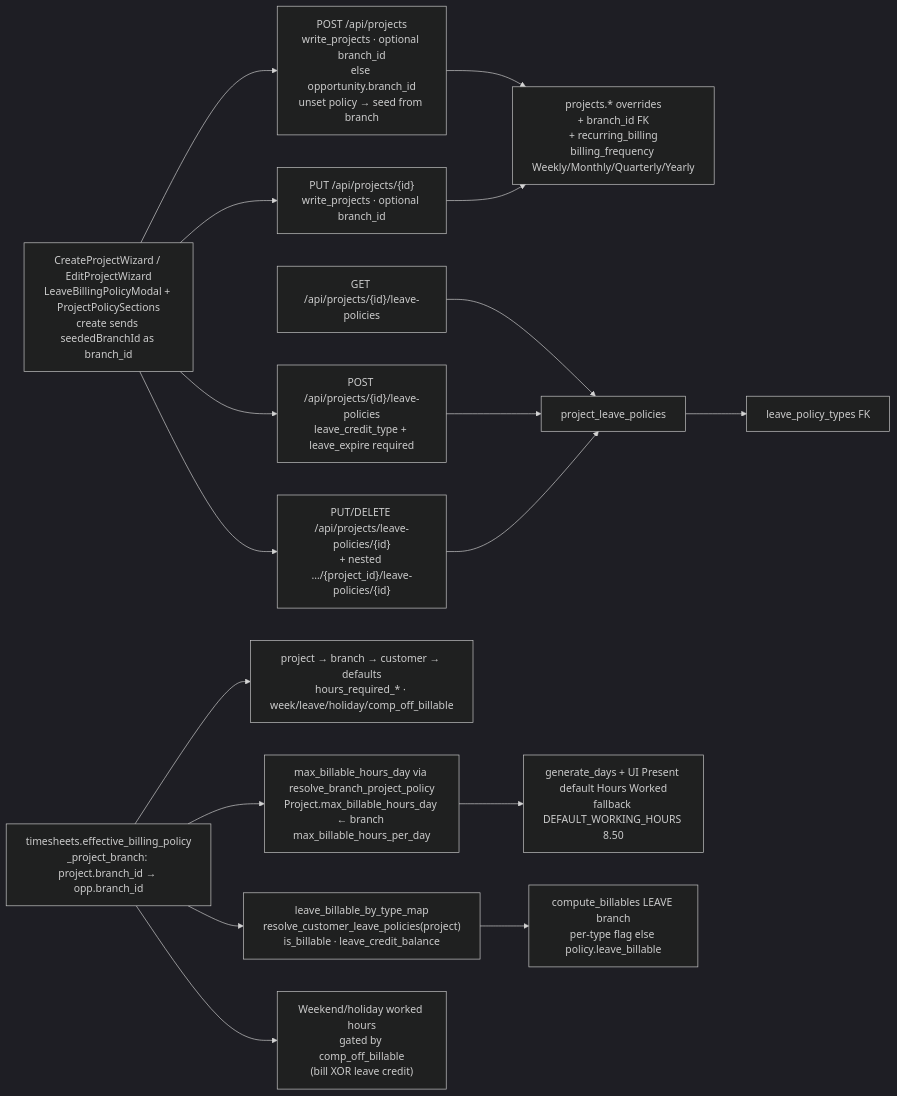
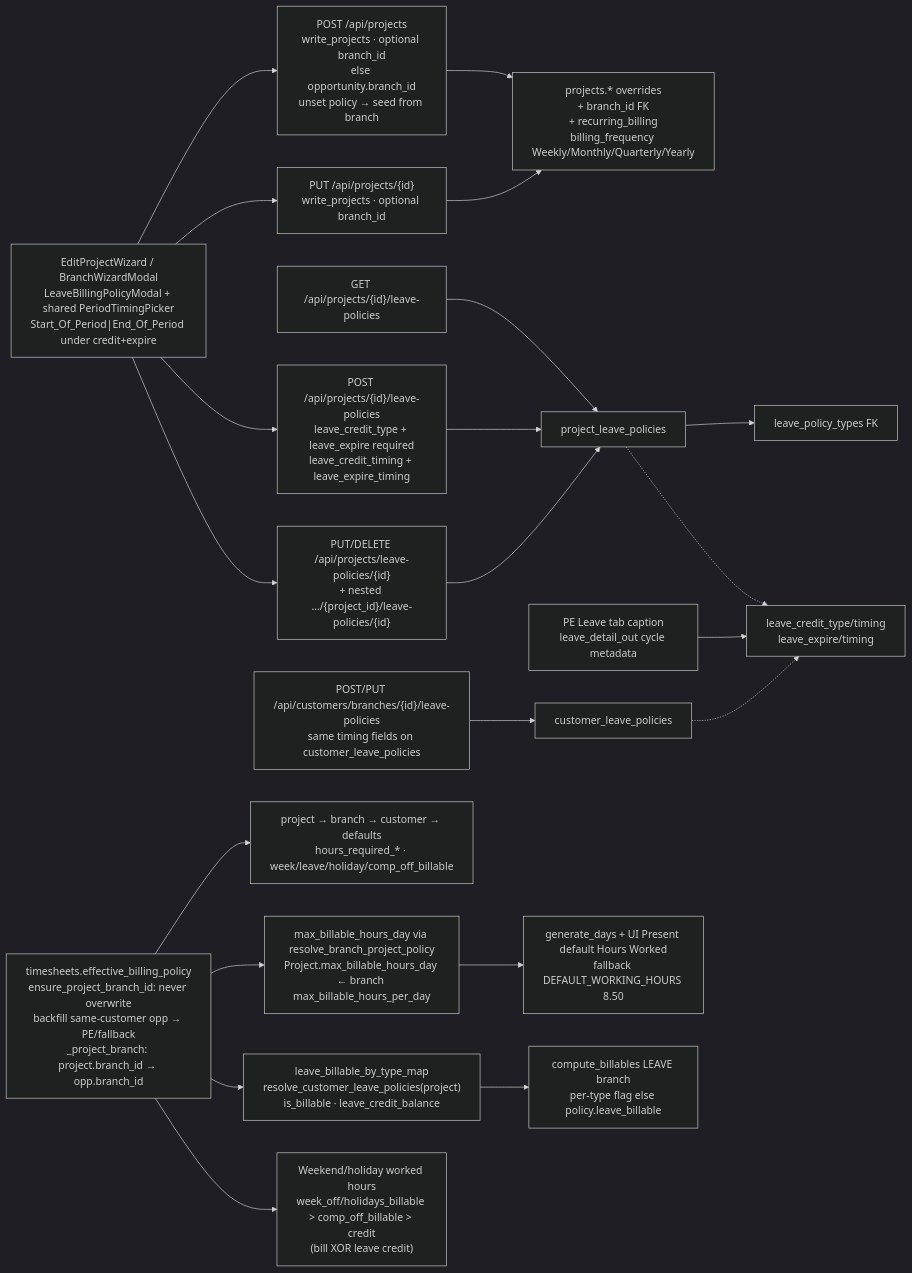
One commit to pawan-88/CRM-AI-Interview-Backend-B-V2 changed the tenth of 11 diagrams in docs/architecture/04-api-flow.md. Above: the diagram before and after it, drawn with Mermaid (dark theme). The commit also changed other lines of this file and 205 other files, not shown here.

First line of the commit message:
Add tax invoice, interview calendar, AI assist, leave timing, and CRM pipeline upgrades.

````diff
--- a/docs/architecture/04-api-flow.md
+++ b/docs/architecture/04-api-flow.md
@@ -205,19 +237,23 @@
 ```mermaid
 flowchart LR
     create["POST /api/projects<br/>write_projects · optional branch_id<br/>else opportunity.branch_id<br/>unset policy → seed from branch"] --> cols["projects.* overrides<br/>+ branch_id FK<br/>+ recurring_billing<br/>billing_frequency Weekly/Monthly/Quarterly/Yearly"]
     put["PUT /api/projects/{id}<br/>write_projects · optional branch_id"] --> cols
     list["GET /api/projects/{id}/leave-policies"] --> plp["project_leave_policies"]
-    post["POST /api/projects/{id}/leave-policies<br/>leave_credit_type + leave_expire required"] --> plp
+    post["POST /api/projects/{id}/leave-policies<br/>leave_credit_type + leave_expire required<br/>leave_credit_timing + leave_expire_timing"] --> plp
     putDel["PUT/DELETE /api/projects/leave-policies/{id}<br/>+ nested …/{project_id}/leave-policies/{id}"] --> plp
     plp --> lpt["leave_policy_types FK"]
-    ui["CreateProjectWizard / EditProjectWizard<br/>LeaveBillingPolicyModal + ProjectPolicySections<br/>create sends seededBranchId as branch_id"] --> create
+    ui["EditProjectWizard / BranchWizardModal<br/>LeaveBillingPolicyModal + shared PeriodTimingPicker<br/>Start_Of_Period|End_Of_Period under credit+expire"] --> create
     ui --> put
     ui --> post
     ui --> putDel
-    ts["timesheets.effective_billing_policy<br/>_project_branch: project.branch_id → opp.branch_id"] --> resolve["project → branch → customer → defaults<br/>hours_required_* · week/leave/holiday/comp_off_billable"]
+    peUi["PE Leave tab caption<br/>leave_detail_out cycle metadata"] --> peOut["leave_credit_type/timing<br/>leave_expire/timing"]
+    plp -.-> peOut
+    branchPol["POST/PUT /api/customers/branches/{id}/leave-policies<br/>same timing fields on customer_leave_policies"] --> clp["customer_leave_policies"]
+    clp -.-> peOut
+    ts["timesheets.effective_billing_policy<br/>ensure_project_branch_id: never overwrite<br/>backfill same-customer opp → PE/fallback<br/>_project_branch: project.branch_id → opp.branch_id"] --> resolve["project → branch → customer → defaults<br/>hours_required_* · week/leave/holiday/comp_off_billable"]
     ts --> caps["max_billable_hours_day via resolve_branch_project_policy<br/>Project.max_billable_hours_day ← branch max_billable_hours_per_day"]
     caps --> genHrs["generate_days + UI Present default Hours Worked<br/>fallback DEFAULT_WORKING_HOURS 8.50"]
     ts --> leaveTypes["leave_billable_by_type_map<br/>resolve_customer_leave_policies(project)<br/>is_billable · leave_credit_balance"]
     leaveTypes --> compute["compute_billables LEAVE branch<br/>per-type flag else policy.leave_billable"]
-    ts --> weekend["Weekend/holiday worked hours<br/>gated by comp_off_billable<br/>(bill XOR leave credit)"]
+    ts --> weekend["Weekend/holiday worked hours<br/>week_off/holidays_billable &gt; comp_off_billable &gt; credit<br/>(bill XOR leave credit)"]
 ```
````
